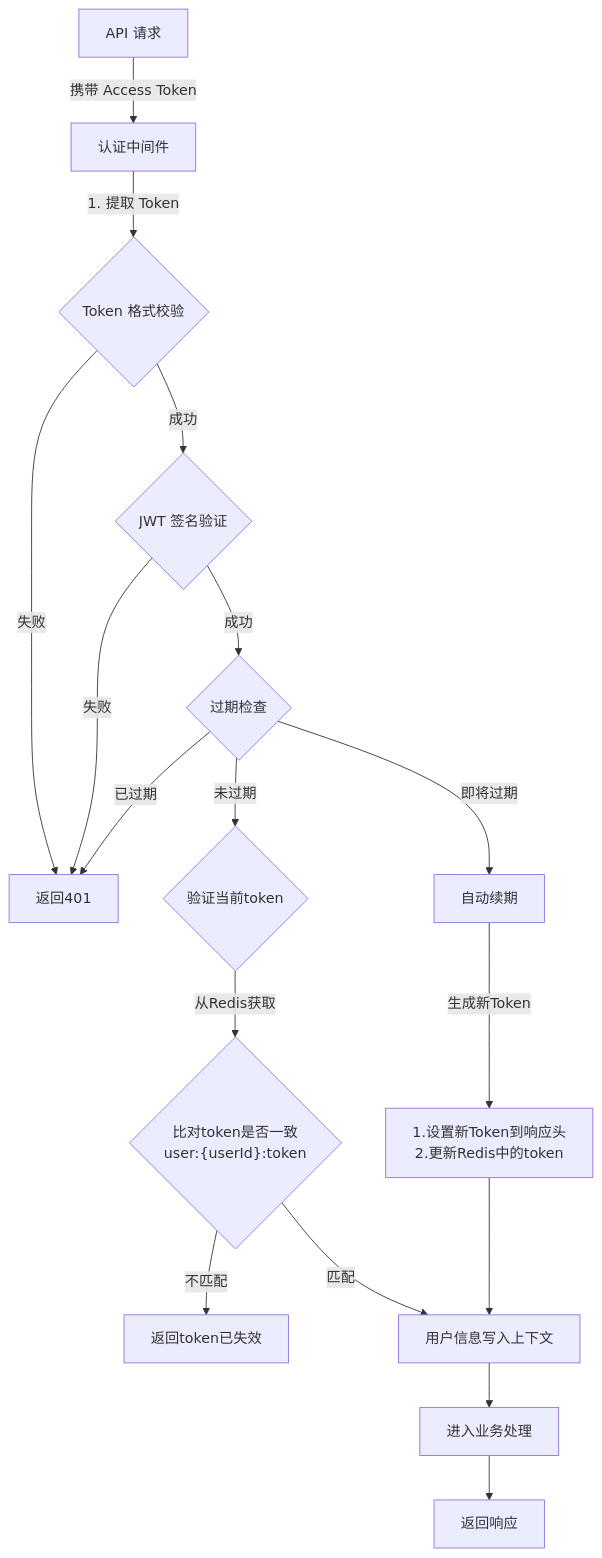
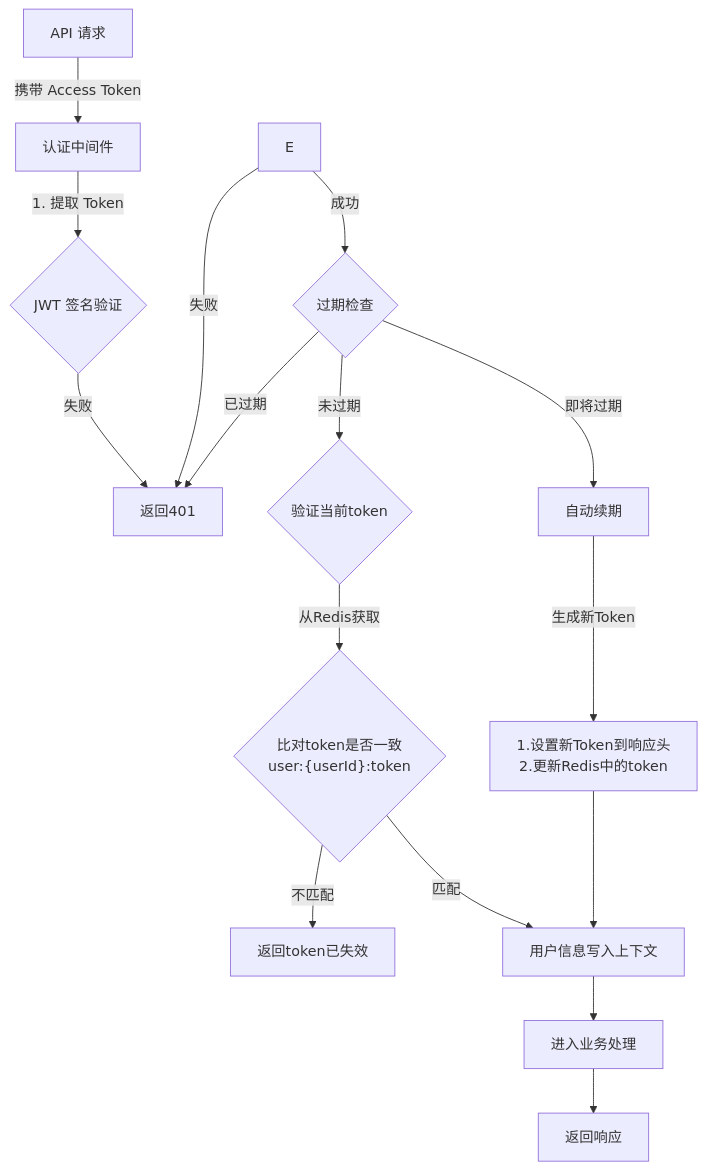
The diagram in all/未命名-15.md (yingjianzh/iodraw-files), drawn with Mermaid before and after one commit.

Commit message:
2025-01-03 10:52:32 update

````diff
--- a/all/未命名-15.md
+++ b/all/未命名-15.md
@@ -1,26 +1,25 @@
 ```mermaid
 flowchart TD
     A[API 请求] -->|携带 Access Token| B[认证中间件]
-    B -->|1. 提取 Token| C{Token 格式校验}
+    B -->|1. 提取 Token| C{JWT 签名验证}
     C -->|失败| D[返回401]
-    C -->|成功| E{JWT 签名验证}
     E -->|失败| D
     E -->|成功| F{过期检查}
     
     F -->|已过期| D
     F -->|即将过期| G[自动续期]
     F -->|未过期| H{验证当前token}
     
     H -->|从Redis获取| I{"比对token是否一致
     user:{userId}:token"}
     I -->|不匹配| J[返回token已失效]
     I -->|匹配| K[用户信息写入上下文]
     K --> L[进入业务处理]
     L --> N[返回响应]
     
     G -->|生成新Token| M["1.设置新Token到响应头
     2.更新Redis中的token"]
     M --> K
 
     
 ```
````
